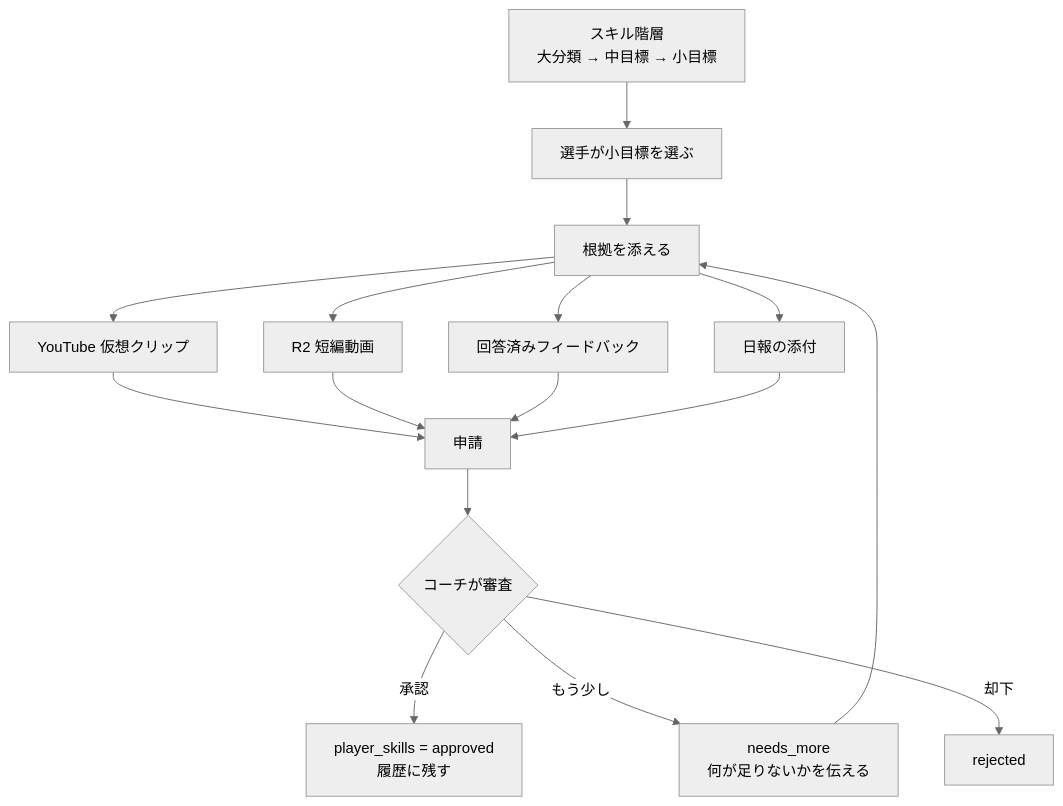
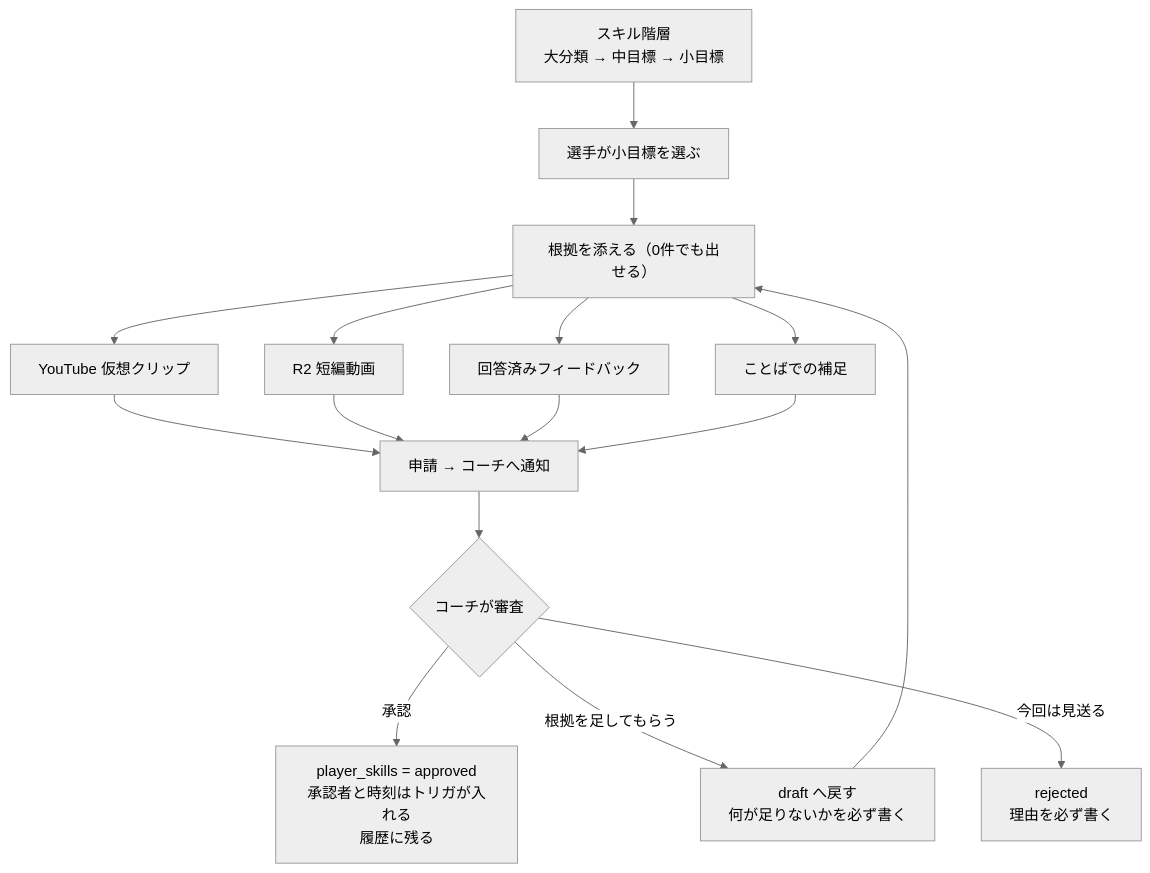
The seventh of 8 diagrams in docs/workflows.md (obertbt/keio-hockey-hub), drawn with Mermaid (neutral theme) before and after one commit. The commit also changed other lines of this file and 32 other files, not shown here.

````diff
--- a/docs/workflows.md
+++ b/docs/workflows.md
@@ -148,18 +191,18 @@
 ```mermaid
 flowchart TD
   skill["スキル階層<br/>大分類 → 中目標 → 小目標"] --> pick["選手が小目標を選ぶ"]
-  pick --> evidence["根拠を添える"]
+  pick --> evidence["根拠を添える（0件でも出せる）"]
   evidence --> e1["YouTube 仮想クリップ"]
   evidence --> e2["R2 短編動画"]
   evidence --> e3["回答済みフィードバック"]
-  evidence --> e4["日報の添付"]
-  e1 --> apply["申請"]
+  evidence --> e4["ことばでの補足"]
+  e1 --> apply["申請 → コーチへ通知"]
   e2 --> apply
   e3 --> apply
   e4 --> apply
   apply --> review{"コーチが審査"}
-  review -->|"承認"| approved["player_skills = approved<br/>履歴に残す"]
-  review -->|"もう少し"| more["needs_more<br/>何が足りないかを伝える"]
-  review -->|"却下"| rejected["rejected"]
+  review -->|"承認"| approved["player_skills = approved<br/>承認者と時刻はトリガが入れる<br/>履歴に残る"]
+  review -->|"根拠を足してもらう"| more["draft へ戻す<br/>何が足りないかを必ず書く"]
+  review -->|"今回は見送る"| rejected["rejected<br/>理由を必ず書く"]
   more --> evidence
 ```
````
